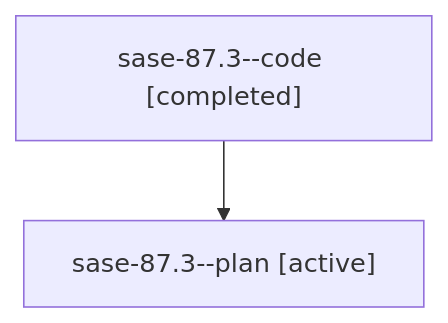
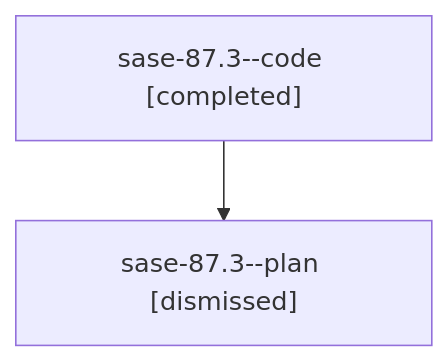
Before and after one commit to sase-org/sase--agents: the diagram in sessions/bbugyi200.athena.sase-87.3.md, drawn with Mermaid. The commit also changed other lines of this file and 88 other files, not shown here.

````diff
--- a/sessions/bbugyi200.athena.sase-87.3.md
+++ b/sessions/bbugyi200.athena.sase-87.3.md
@@ -9,6 +9,6 @@
 ```mermaid
 flowchart TD
   n0["sase-87.3--code [completed]"]
-  n1["sase-87.3--plan [active]"]
+  n1["sase-87.3--plan [dismissed]"]
   n0 --> n1
 ```
````
